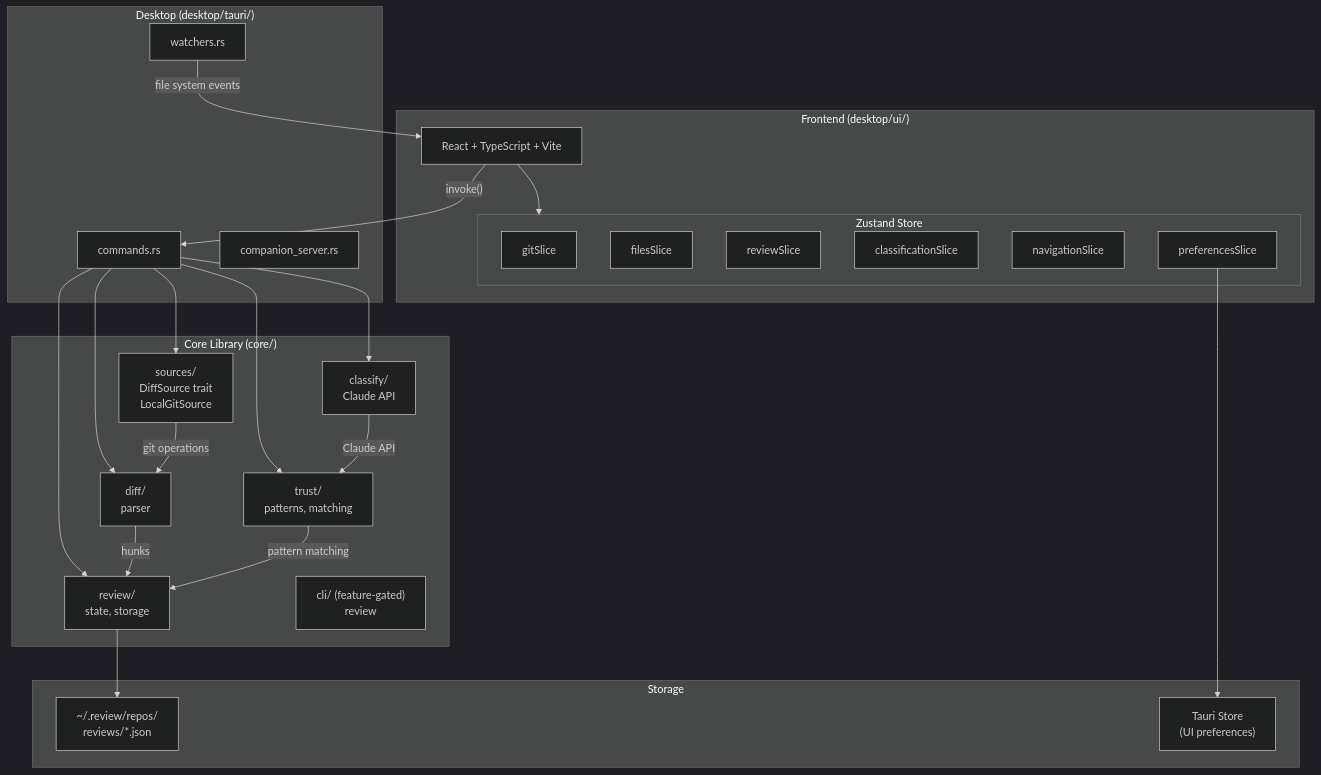
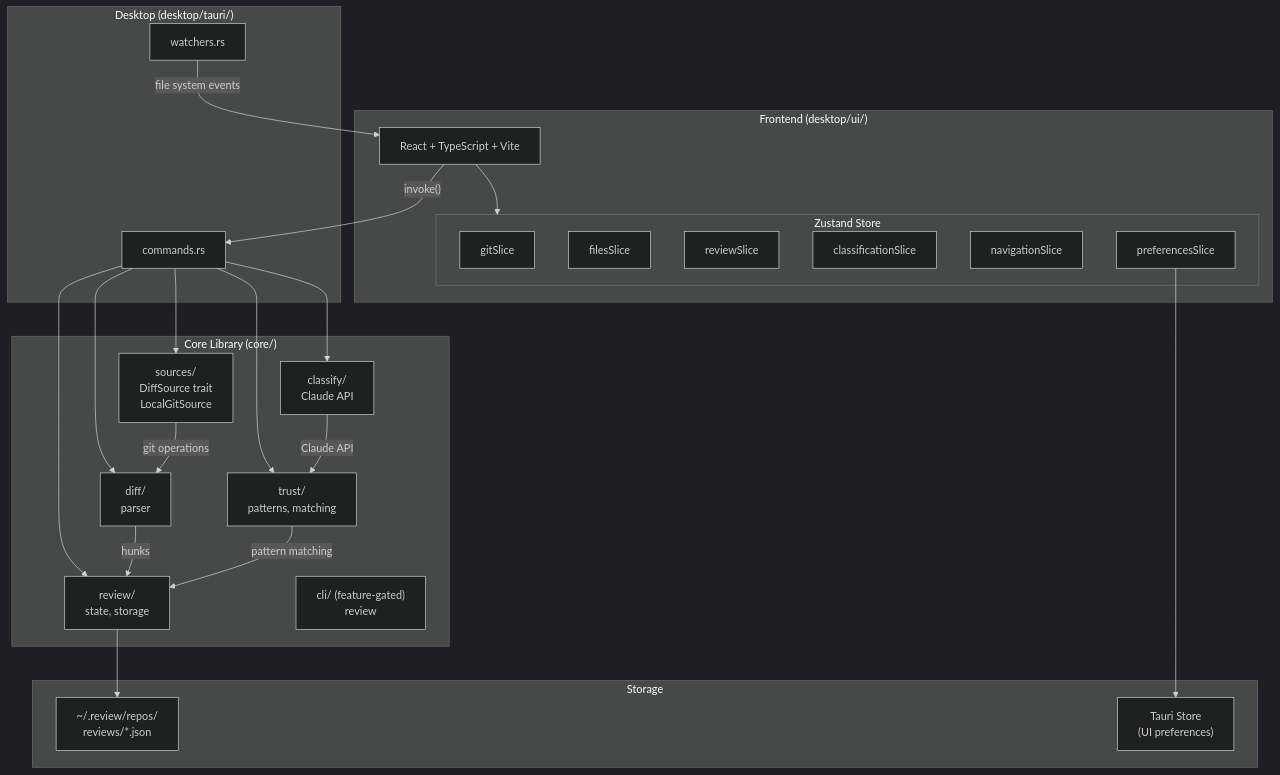
Before and after one commit to dropseed/review: the diagram in CLAUDE.md, drawn with Mermaid (dark theme). The commit also changed other lines of this file and 93 other files, not shown here.

First line of the commit message:
Remove iOS companion app and companion HTTP server

````diff
--- a/CLAUDE.md
+++ b/CLAUDE.md
@@ -34,60 +34,59 @@
 ```mermaid
 graph TB
     subgraph Frontend["Frontend (desktop/ui/)"]
         React["React + TypeScript + Vite"]
         subgraph Zustand["Zustand Store"]
             gitSlice["gitSlice"]
             filesSlice["filesSlice"]
             reviewSlice["reviewSlice"]
             classificationSlice["classificationSlice"]
             navigationSlice["navigationSlice"]
             preferencesSlice["preferencesSlice"]
         end
         React --> Zustand
     end
 
     subgraph Desktop["Desktop (desktop/tauri/)"]
         commands["commands.rs"]
         watchers["watchers.rs"]
-        companion_server["companion_server.rs"]
     end
 
     subgraph Core["Core Library (core/)"]
         sources["sources/
         DiffSource trait
         LocalGitSource"]
         diff["diff/
         parser"]
         review["review/
         state, storage"]
         trust["trust/
         patterns, matching"]
         classify["classify/
         Claude API"]
         cli["cli/ (feature-gated)
         review"]
     end
 
     subgraph Storage["Storage"]
         git_review["~/.review/repos/
         reviews/*.json"]
         tauri_store["Tauri Store
         (UI preferences)"]
     end
 
     React -->|"invoke()"| commands
     commands --> sources
     commands --> diff
     commands --> review
     commands --> trust
     commands --> classify
     watchers -->|"file system events"| React
 
     sources -->|"git operations"| diff
     diff -->|"hunks"| review
     trust -->|"pattern matching"| review
     classify -->|"Claude API"| trust
 
     review --> git_review
     preferencesSlice --> tauri_store
 ```
````
